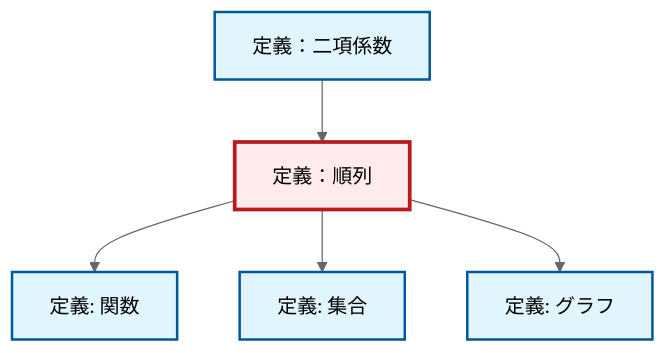
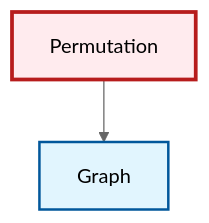
One commit to RK0429/ModernMath changed the diagram in content/ja/combinatorics/def-permutation.qmd. Above: the diagram before and after it, drawn with Mermaid (neutral theme). The commit also changed 328 other files, not shown here.

````diff
--- a/content/ja/combinatorics/def-permutation.qmd
+++ b/content/ja/combinatorics/def-permutation.qmd
@@ -54,23 +54,14 @@
 ```{mermaid}
 %%| fig-cap: "ローカル依存関係グラフ"
 graph TD
     classDef definition fill:#e1f5fe,stroke:#01579b,stroke-width:2px
     classDef theorem fill:#f3e5f5,stroke:#4a148c,stroke-width:2px
     classDef axiom fill:#fff3e0,stroke:#e65100,stroke-width:2px
     classDef example fill:#e8f5e9,stroke:#1b5e20,stroke-width:2px
     classDef current fill:#ffebee,stroke:#b71c1c,stroke-width:3px
-    def-set["定義: 集合"]:::definition
-    def-function["定義: 関数"]:::definition
-    def-binomial-coefficient["定義：二項係数"]:::definition
-    def-permutation["定義：順列"]:::definition
-    def-graph["定義: グラフ"]:::definition
-    def-permutation --> def-function
-    def-binomial-coefficient --> def-permutation
-    def-permutation --> def-set
+    def-graph["Graph"]:::definition
+    def-permutation["Permutation"]:::definition
     def-permutation --> def-graph
     class def-permutation current
-    click def-set "def-set.html" "集合の定義へ"
-    click def-function "def-function.html" "関数の定義へ"
-    click def-binomial-coefficient "def-binomial-coefficient.html" "定義：二項係数へ"
-    click def-graph "def-graph.html" "グラフの定義へ"
+    click def-graph "def-graph.html" "Graphへ"
 ```
````
